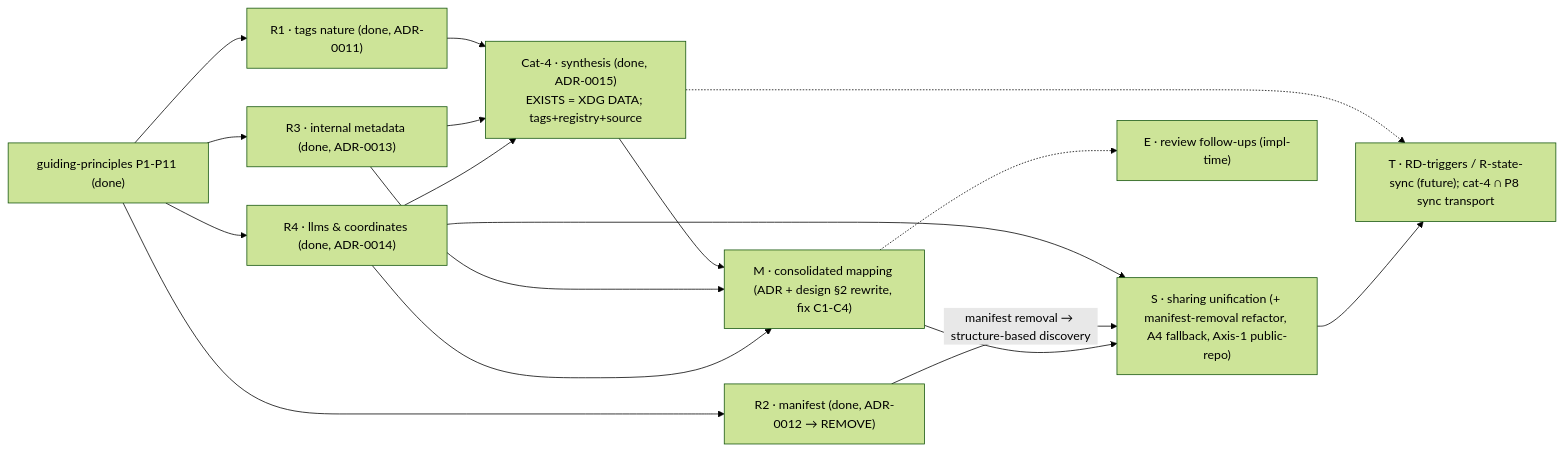
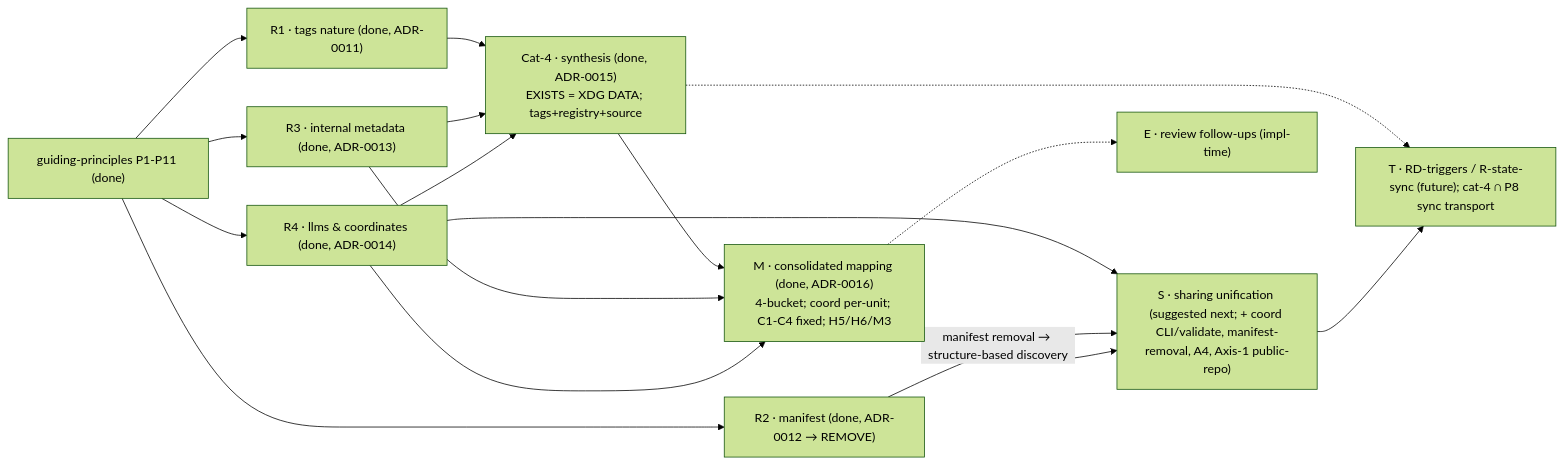
Before and after one commit to alergyonthestage/claude-orchestrator: the diagram in docs/maintainer/configuration/decentralized-config/analysis-roadmap.md, drawn with Mermaid (forest theme). The commit also changed other lines of this file and 1 other file, not shown here.

First line of the commit message:
docs(decentralized-config): mark M DONE (ADR-0016), unblock S; close inventory items

````diff
--- a/docs/maintainer/configuration/decentralized-config/analysis-roadmap.md
+++ b/docs/maintainer/configuration/decentralized-config/analysis-roadmap.md
@@ -191,19 +192,19 @@
 ```mermaid
 flowchart LR
   P["guiding-principles P1-P11 (done)"] --> R1["R1 · tags nature (done, ADR-0011)"]
   P --> R2["R2 · manifest (done, ADR-0012 → REMOVE)"]
   P --> R3["R3 · internal metadata (done, ADR-0013)"]
   P --> R4["R4 · llms & coordinates (done, ADR-0014)"]
   R1 --> C4["Cat-4 · synthesis (done, ADR-0015)<br/>EXISTS = XDG DATA; tags+registry+source"]
   R3 --> C4
   R4 --> C4
-  C4 --> M["M · consolidated mapping (ADR + design §2 rewrite, fix C1-C4)"]
+  C4 --> M["M · consolidated mapping (done, ADR-0016)<br/>4-bucket; coord per-unit; C1-C4 fixed; H5/H6/M3"]
   R3 --> M
   R4 --> M
-  R4 --> S["S · sharing unification (+ manifest-removal refactor, A4 fallback, Axis-1 public-repo)"]
+  R4 --> S["S · sharing unification (suggested next; + coord CLI/validate, manifest-removal, A4, Axis-1 public-repo)"]
   R2 -- "manifest removal → structure-based discovery" --> S
   M --> S
   C4 -.-> T["T · RD-triggers / R-state-sync (future); cat-4 ∩ P8 sync transport"]
   S --> T
   M -.-> E["E · review follow-ups (impl-time)"]
 ```
````
